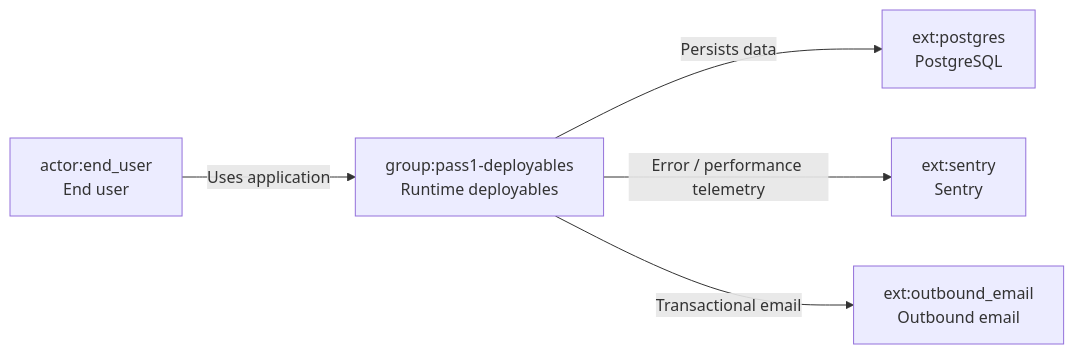
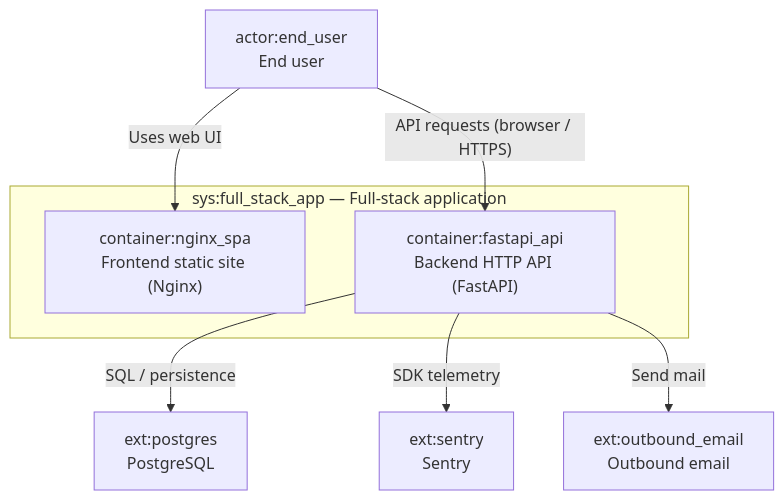
The diagram in docs/c4-live.mermaid.md (Decreen/decreen-arch-diff-demo), drawn with Mermaid before and after one commit. The commit also changed 3 other files, not shown here.

Commit message:
feat(c4): Pass 2 system boundary and containers (Nginx SPA, FastAPI API)

````diff
--- a/docs/c4-live.mermaid.md
+++ b/docs/c4-live.mermaid.md
@@ -3,13 +3,18 @@
 ```mermaid
-flowchart LR
+flowchart TB
+  subgraph sys_full_stack["sys:full_stack_app — Full-stack application"]
+    container_nginx["container:nginx_spa<br/>Frontend static site (Nginx)"]
+    container_api["container:fastapi_api<br/>Backend HTTP API (FastAPI)"]
+  end
+
   actor_end_user["actor:end_user<br/>End user"]
-  group_deployables["group:pass1-deployables<br/>Runtime deployables"]
   ext_postgres["ext:postgres<br/>PostgreSQL"]
   ext_sentry["ext:sentry<br/>Sentry"]
   ext_email["ext:outbound_email<br/>Outbound email"]
 
-  actor_end_user -->|"Uses application"| group_deployables
-  group_deployables -->|"Persists data"| ext_postgres
-  group_deployables -->|"Error / performance telemetry"| ext_sentry
-  group_deployables -->|"Transactional email"| ext_email
+  actor_end_user -->|"Uses web UI"| container_nginx
+  actor_end_user -->|"API requests (browser / HTTPS)"| container_api
+  container_api -->|"SQL / persistence"| ext_postgres
+  container_api -->|"SDK telemetry"| ext_sentry
+  container_api -->|"Send mail"| ext_email
 ```
````
